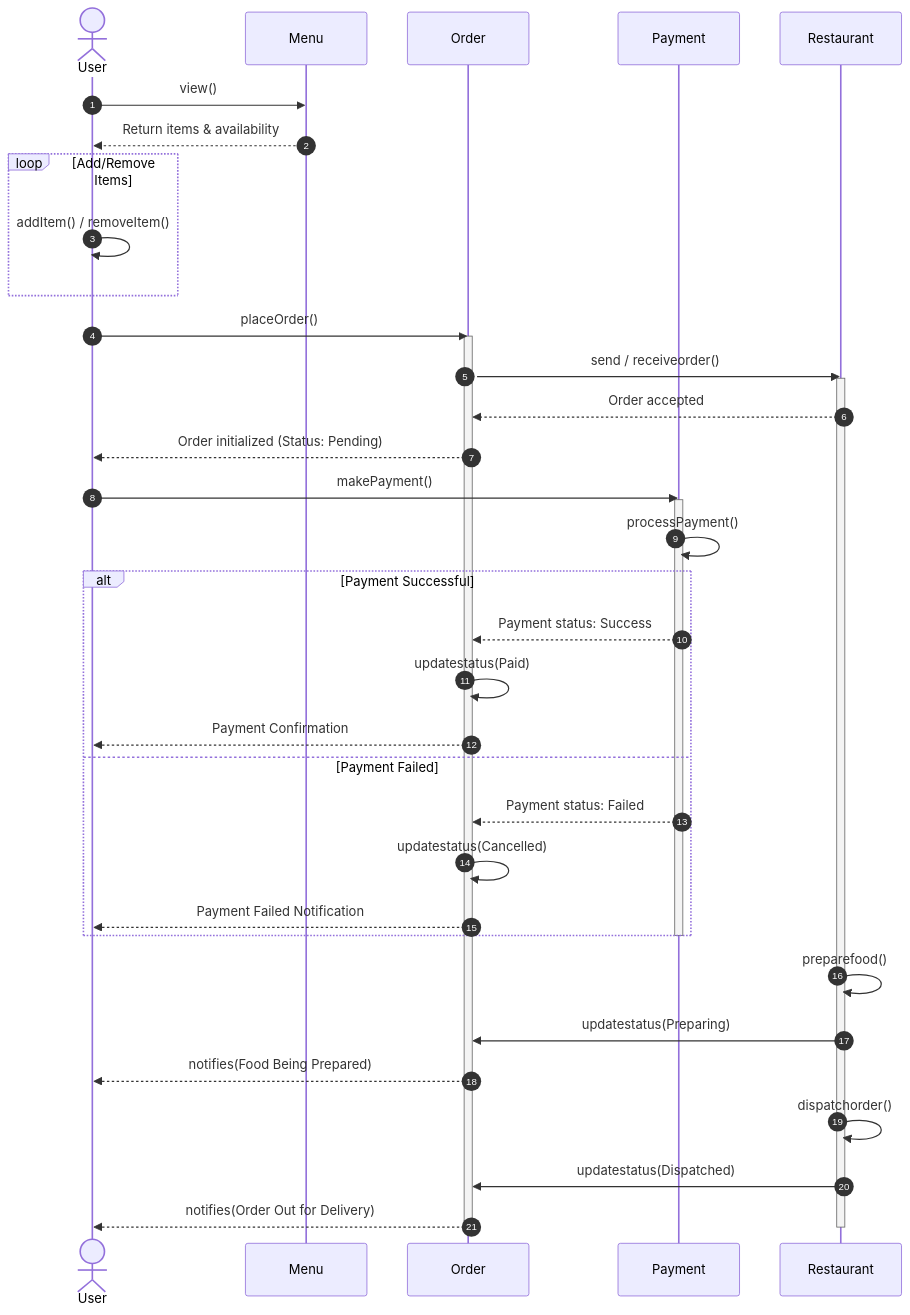
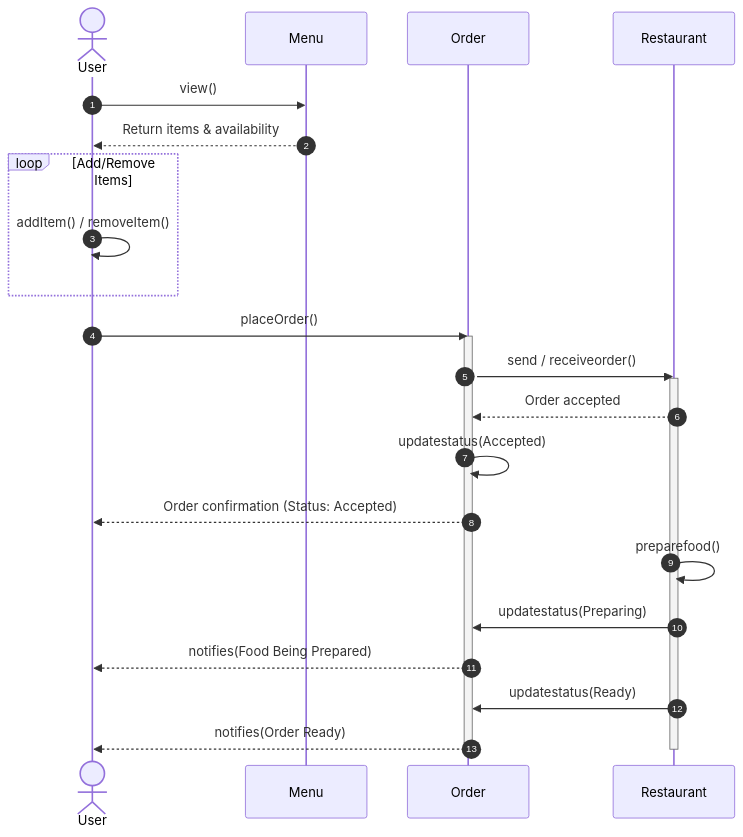
Before and after one commit to AsmaSayyari21/UML-Design-Lab: the diagram in Food Delivery Platform/food_delivery_sequence_diagram.mmd, drawn with Mermaid.

Commit message:
food_delivery_sequence_diagram.mmd

```diff
--- a/Food Delivery Platform/food_delivery_sequence_diagram.mmd
+++ b/Food Delivery Platform/food_delivery_sequence_diagram.mmd
@@ -1,50 +1,35 @@
 sequenceDiagram
     autonumber
     actor U as User
     participant M as Menu
     participant O as Order
-    participant P as Payment
     participant R as Restaurant
 
     %% Step 1: Browse Menu
     U->>M: view()
     M-->>U: Return items & availability
 
     %% Step 2: Build Order / Cart
     loop Add/Remove Items
         U->>U: addItem() / removeItem()
     end
 
     %% Step 3: Place Order
     U->>O: placeOrder()
     activate O
     O->>R: send / receiveorder()
     activate R
     R-->>O: Order accepted
-    O-->>U: Order initialized (Status: Pending)
+    O->>O: updatestatus(Accepted)
+    O-->>U: Order confirmation (Status: Accepted)
 
-    %% Step 4: Payment Processing
-    U->>P: makePayment()
-    activate P
-    P->>P: processPayment()
-    alt Payment Successful
-        P-->>O: Payment status: Success
-        O->>O: updatestatus(Paid)
-        O-->>U: Payment Confirmation
-    else Payment Failed
-        P-->>O: Payment status: Failed
-        O->>O: updatestatus(Cancelled)
-        O-->>U: Payment Failed Notification
-    end
-    deactivate P
-
-    %% Step 5: Food Preparation & Dispatch
+    %% Step 4: Food Preparation
     R->>R: preparefood()
     R->>O: updatestatus(Preparing)
     O-->>U: notifies(Food Being Prepared)
 
-    R->>R: dispatchorder()
-    R->>O: updatestatus(Dispatched)
-    O-->>U: notifies(Order Out for Delivery)
+    %% Step 5: Order Ready / Completion
+    R->>O: updatestatus(Ready)
+    O-->>U: notifies(Order Ready)
     deactivate R
     deactivate O
```
